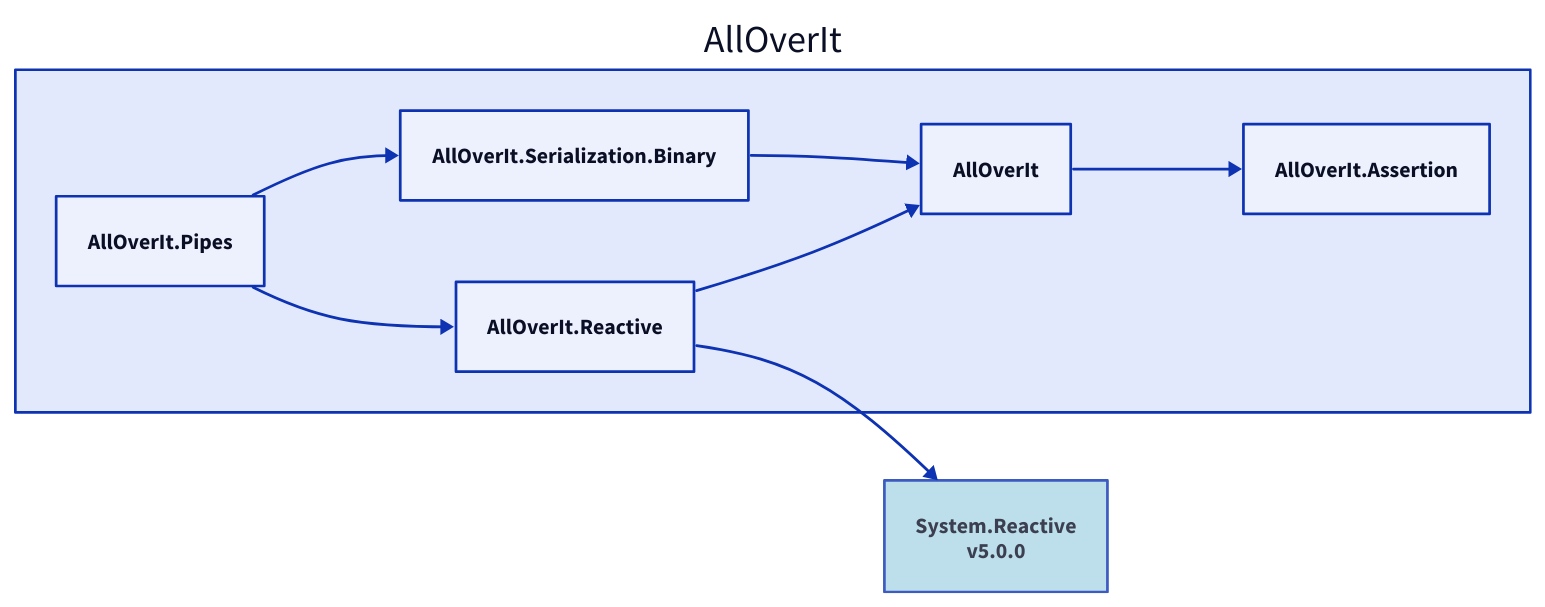
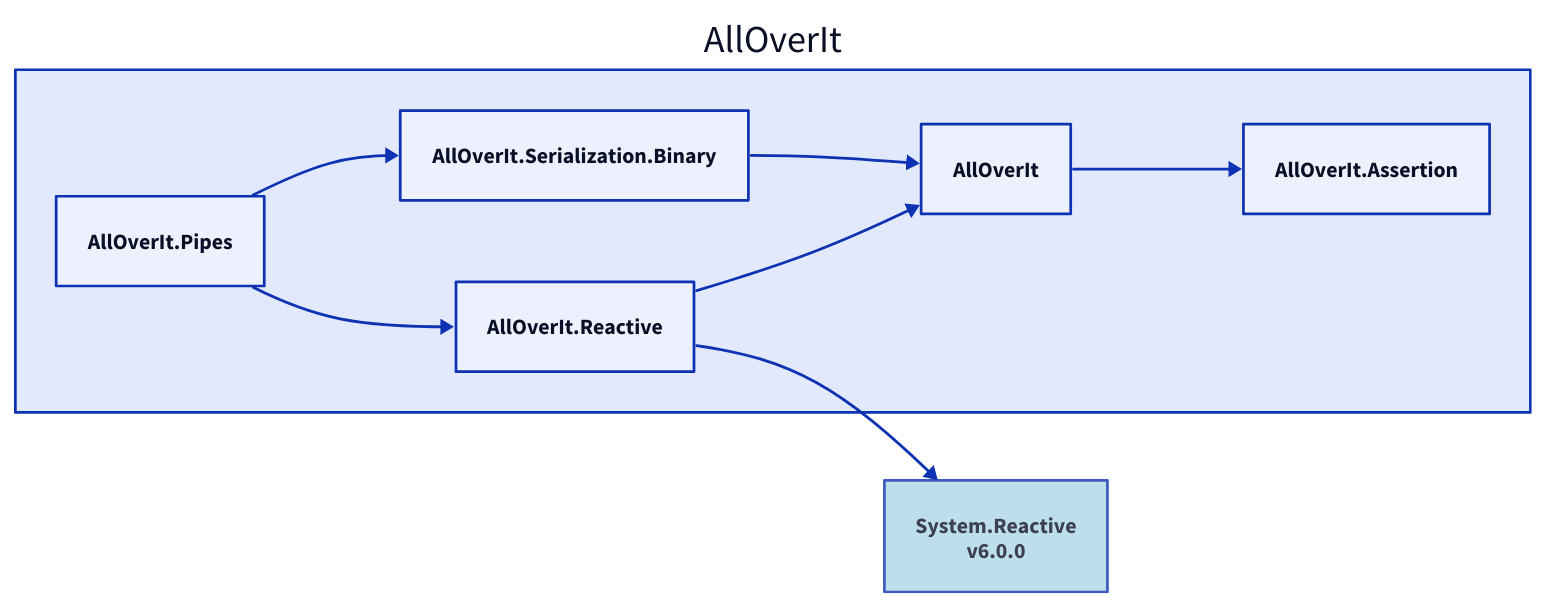
The diagram in Docs/Dependencies/alloverit-pipes.d2 (nickathone/AllOverIt), drawn with D2 before and after one commit. The commit also changed 20 other files, not shown here.

Commit message:
Dependency diagram updates

```diff
--- a/Docs/Dependencies/alloverit-pipes.d2
+++ b/Docs/Dependencies/alloverit-pipes.d2
@@ -1,17 +1,17 @@
 direction: right
 
 aoi: AllOverIt
 aoi.alloverit-pipes: AllOverIt.Pipes
 aoi.alloverit-serialization-binary: AllOverIt.Serialization.Binary
 aoi.alloverit: AllOverIt
 aoi.alloverit-assertion: AllOverIt.Assertion
 aoi.alloverit-assertion <- aoi.alloverit
 aoi.alloverit <- aoi.alloverit-serialization-binary
 aoi.alloverit-serialization-binary <- aoi.alloverit-pipes
 aoi.alloverit-reactive: AllOverIt.Reactive
-system-reactive_5-0-0: System.Reactive\nv5.0.0
-system-reactive_5-0-0.style.fill: "#ADD8E6"
-system-reactive_5-0-0.style.opacity: 0.8
-system-reactive_5-0-0 <- aoi.alloverit-reactive
+system-reactive_6-0-0: System.Reactive\nv6.0.0
+system-reactive_6-0-0.style.fill: "#ADD8E6"
+system-reactive_6-0-0.style.opacity: 0.8
+system-reactive_6-0-0 <- aoi.alloverit-reactive
 aoi.alloverit <- aoi.alloverit-reactive
 aoi.alloverit-reactive <- aoi.alloverit-pipes
```
